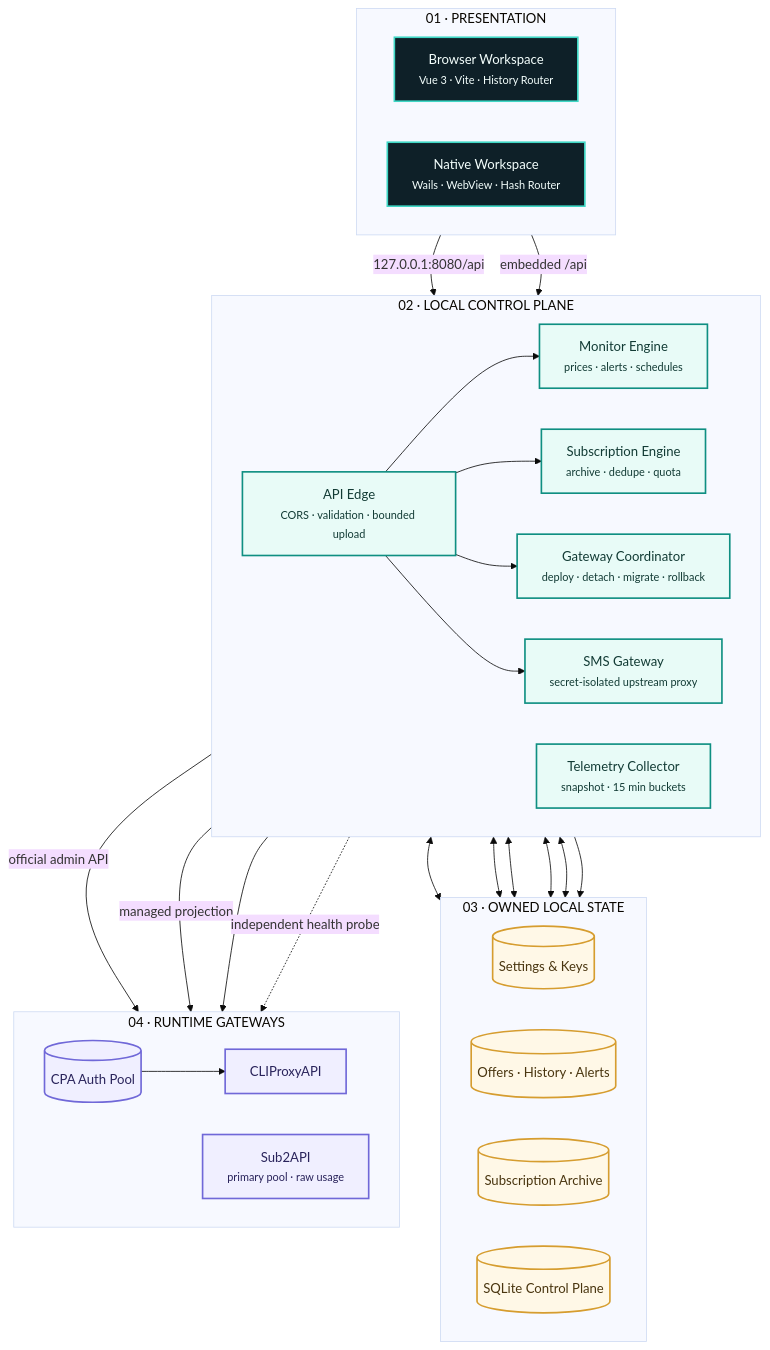
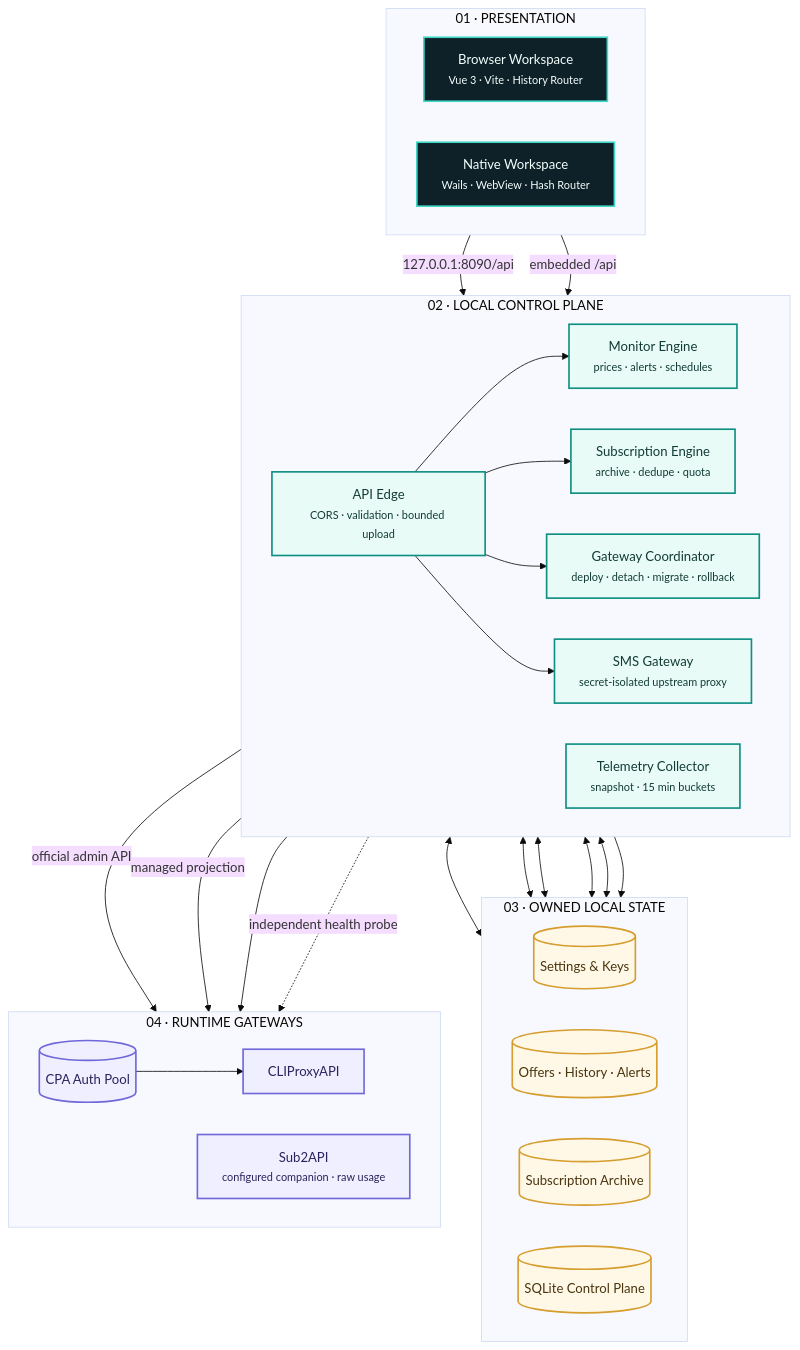
One commit to 2921323707/CPA_Orbit changed the first of 3 diagrams in docs/architecture/README.md. Above: the diagram before and after it, drawn with Mermaid (base theme). The commit also changed other lines of this file and 68 other files, not shown here.

````diff
--- a/docs/architecture/README.md
+++ b/docs/architecture/README.md
@@ -21,57 +21,57 @@
 ```mermaid
 flowchart TB
   subgraph PRESENTATION["01 · PRESENTATION"]
     direction LR
     BROWSER["Browser Workspace<br/><small>Vue 3 · Vite · History Router</small>"]
     DESKTOP["Native Workspace<br/><small>Wails · WebView · Hash Router</small>"]
   end
 
   subgraph CONTROL["02 · LOCAL CONTROL PLANE"]
     direction LR
     EDGE["API Edge<br/><small>CORS · validation · bounded upload</small>"]
     MONITOR["Monitor Engine<br/><small>prices · alerts · schedules</small>"]
 		SUBS["Subscription Engine<br/><small>archive · dedupe · quota</small>"]
 		ROUTER["Gateway Coordinator<br/><small>deploy · detach · migrate · rollback</small>"]
 		TELEMETRY["Telemetry Collector<br/><small>snapshot · 15 min buckets</small>"]
     LUBAN["SMS Gateway<br/><small>secret-isolated upstream proxy</small>"]
   end
 
   subgraph PERSISTENCE["03 · OWNED LOCAL STATE"]
     direction LR
     SETTINGS[("Settings & Keys")]
     HISTORY[("Offers · History · Alerts")]
 		ARCHIVE[("Subscription Archive")]
 		CONTROLDB[("SQLite Control Plane")]
   end
 
 	 subgraph RUNTIME["04 · RUNTIME GATEWAYS"]
     direction LR
     AUTH[("CPA Auth Pool")]
     CLI["CLIProxyAPI"]
-		SUB2API["Sub2API<br/><small>primary pool · raw usage</small>"]
+		SUB2API["Sub2API<br/><small>configured companion · raw usage</small>"]
   end
 
-  BROWSER -->|"127.0.0.1:8080/api"| EDGE
+  BROWSER -->|"127.0.0.1:8090/api"| EDGE
   DESKTOP -->|"embedded /api"| EDGE
 	EDGE --> MONITOR & SUBS & ROUTER & LUBAN
   MONITOR <--> HISTORY
   MONITOR <--> SETTINGS
   SUBS <--> SETTINGS
   SUBS <--> ARCHIVE
 	ROUTER <--> CONTROLDB
 	ROUTER -->|"official admin API"| SUB2API
 	ROUTER -->|"managed projection"| AUTH
 	TELEMETRY --> SUB2API
 	TELEMETRY --> CONTROLDB
   AUTH --> CLI
   EDGE -. "independent health probe" .-> CLI
 
   classDef presentation fill:#0e2028,stroke:#3fd7c5,color:#f4fffd,stroke-width:2px;
   classDef control fill:#e8fbf7,stroke:#0f8f82,color:#123b35,stroke-width:2px;
   classDef persistence fill:#fff8e7,stroke:#d69d2f,color:#49350f,stroke-width:2px;
 	classDef projection fill:#f0efff,stroke:#7068d8,color:#29235b,stroke-width:2px;
   class BROWSER,DESKTOP presentation;
 	class EDGE,MONITOR,SUBS,ROUTER,TELEMETRY,LUBAN control;
 	class SETTINGS,HISTORY,ARCHIVE,CONTROLDB persistence;
 	class AUTH,CLI,SUB2API projection;
 ```
````
